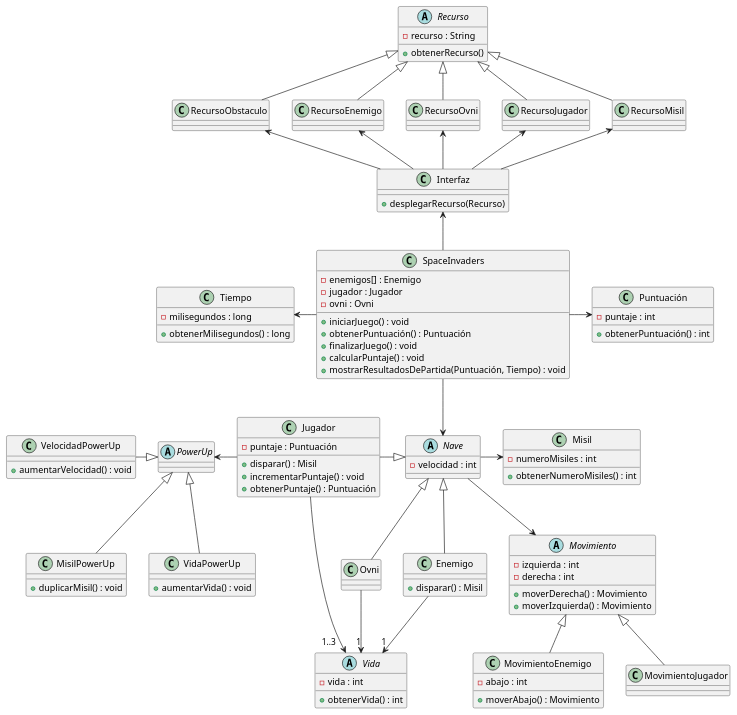
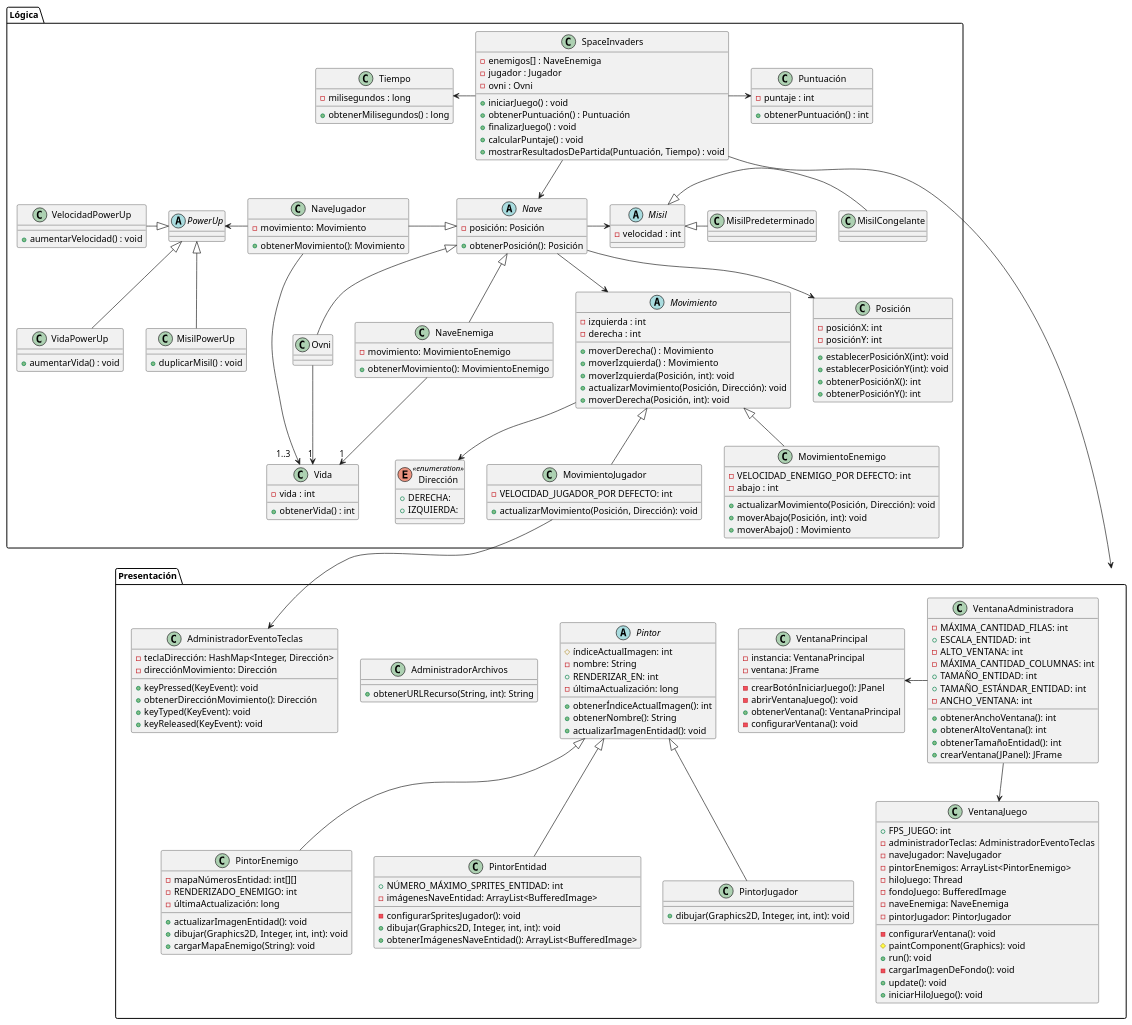
Before and after one commit to 8Kiyuki8/SpaceInvaders: the diagram in src/SpaceInvaders.puml, drawn with PlantUML.

Commit message:
mejorar diagrama UML hecho en clase

```diff
--- a/src/SpaceInvaders.puml
+++ b/src/SpaceInvaders.puml
@@ -1,120 +1,209 @@
 @startuml
-abstract class Recurso {
-    - recurso : String
-    +obtenerRecurso()
+package "Lógica" {
+    class SpaceInvaders {
+        -enemigos[] : NaveEnemiga
+        -jugador : Jugador
+        -ovni : Ovni
+        +iniciarJuego() : void
+        +obtenerPuntuación() : Puntuación
+        +finalizarJuego() : void
+        +calcularPuntaje() : void
+        +mostrarResultadosDePartida(Puntuación, Tiempo) : void
+    }
+    class Tiempo {
+        -milisegundos : long
+        +obtenerMilisegundos() : long
+    }
+    class Puntuación {
+        -puntaje : int
+        +obtenerPuntuación() : int
+    }
+    class NaveEnemiga {
+        -movimiento: MovimientoEnemigo
+        +obtenerMovimiento(): MovimientoEnemigo
+    }
+    class NaveJugador {
+        -movimiento: Movimiento
+        +obtenerMovimiento(): Movimiento
+    }
+    enum Dirección <<enumeration>> {
+        +DERECHA:
+        +IZQUIERDA:
+    }
+    class Ovni
+    class Vida {
+        -vida : int
+        +obtenerVida() : int
+    }
+
+    abstract class PowerUp
+
+    abstract class Misil {
+        -velocidad : int
+    }
+
+    class MisilCongelante{}
+    class MisilPredeterminado
+
+    abstract class Nave {
+            -posición: Posición
+            +obtenerPosición(): Posición
+        }
+
+    abstract class Movimiento {
+        -izquierda : int
+        -derecha : int
+        +moverDerecha() : Movimiento
+        +moverIzquierda() : Movimiento
+        +moverIzquierda(Posición, int): void
+        +actualizarMovimiento(Posición, Dirección): void
+        +moverDerecha(Posición, int): void
+    }
+    class MovimientoJugador {
+        -VELOCIDAD_JUGADOR_POR DEFECTO: int
+        +actualizarMovimiento(Posición, Dirección): void
+    }
+    class MovimientoEnemigo {
+        -VELOCIDAD_ENEMIGO_POR DEFECTO: int
+        -abajo : int
+        +actualizarMovimiento(Posición, Dirección): void
+        +moverAbajo(Posición, int): void
+        +moverAbajo() : Movimiento
+    }
+
+    class VidaPowerUp {
+        +aumentarVida() : void
+    }
+
+    class MisilPowerUp {
+        +duplicarMisil() : void
+    }
+
+    class VelocidadPowerUp {
+        +aumentarVelocidad() : void
+    }
+
+    class Posición {
+            -posiciónX: int
+            -posiciónY: int
+            +establecerPosiciónX(int): void
+            +establecerPosiciónY(int): void
+            +obtenerPosiciónX(): int
+            +obtenerPosiciónY(): int
+        }
+
+    SpaceInvaders --> Nave
+    SpaceInvaders -left-> Tiempo
+    SpaceInvaders -right-> Puntuación
+
+    NaveJugador -|>  Nave
+    Nave <|-- NaveEnemiga
+    Ovni -l-|> Nave
+    NaveJugador --l-> PowerUp
+    Ovni --> "1" Vida
+
+    NaveEnemiga --> "1" Vida
+    NaveJugador --> "1..3   " Vida
+
+    VidaPowerUp -u-|> PowerUp
+    MisilPowerUp -u-|> PowerUp
+    PowerUp <|-l- VelocidadPowerUp
+
+    Movimiento <|-- MovimientoJugador
+    Movimiento <|-- MovimientoEnemigo
+
+    Nave --> Movimiento
+    Nave --r> Misil
+    Nave --> Posición
+
+    MisilCongelante -l-|> Misil
+    MisilPredeterminado -l-|> Misil
+    Movimiento --> Dirección
 }
 
-class Interfaz {
-    +desplegarRecurso(Recurso)
+package "Presentación" {
+    class AdministradorArchivos {
+        +obtenerURLRecurso(String, int): String
+    }
+    class AdministradorEventoTeclas {
+        -teclaDirección: HashMap<Integer, Dirección>
+        -direcciónMovimiento: Dirección
+        +keyPressed(KeyEvent): void
+        +obtenerDirecciónMovimiento(): Dirección
+        +keyTyped(KeyEvent): void
+        +keyReleased(KeyEvent): void
+    }
+
+    abstract class Pintor {
+        #índiceActualImagen: int
+        -nombre: String
+        +RENDERIZAR_EN: int
+        -últimaActualización: long
+        +obtenerÍndiceActualImagen(): int
+        +obtenerNombre(): String
+        +actualizarImagenEntidad(): void
+    }
+    class PintorEnemigo {
+        -mapaNúmerosEntidad: int[][]
+        -RENDERIZADO_ENEMIGO: int
+        -últimaActualización: long
+        +actualizarImagenEntidad(): void
+        +dibujar(Graphics2D, Integer, int, int): void
+        +cargarMapaEnemigo(String): void
+    }
+    class PintorEntidad {
+        +NÚMERO_MÁXIMO_SPRITES_ENTIDAD: int
+        -imágenesNaveEntidad: ArrayList<BufferedImage>
+        -configurarSpritesJugador(): void
+        +dibujar(Graphics2D, Integer, int, int): void
+        +obtenerImágenesNaveEntidad(): ArrayList<BufferedImage>
+    }
+    class PintorJugador {
+        +dibujar(Graphics2D, Integer, int, int): void
+    }
+    class VentanaAdministradora {
+        -MÁXIMA_CANTIDAD_FILAS: int
+        +ESCALA_ENTIDAD: int
+        -ALTO_VENTANA: int
+        -MÁXIMA_CANTIDAD_COLUMNAS: int
+        +TAMAÑO_ENTIDAD: int
+        +TAMAÑO_ESTÁNDAR_ENTIDAD: int
+        -ANCHO_VENTANA: int
+        +obtenerAnchoVentana(): int
+        +obtenerAltoVentana(): int
+        +obtenerTamañoEntidad(): int
+        +crearVentana(JPanel): JFrame
+    }
+    class VentanaJuego {
+        +FPS_JUEGO: int
+        -administradorTeclas: AdministradorEventoTeclas
+        -naveJugador: NaveJugador
+        -pintorEnemigos: ArrayList<PintorEnemigo>
+        -hiloJuego: Thread
+        -fondoJuego: BufferedImage
+        -naveEnemiga: NaveEnemiga
+        -pintorJugador: PintorJugador
+        -configurarVentana(): void
+        #paintComponent(Graphics): void
+        +run(): void
+        -cargarImagenDeFondo(): void
+        +update(): void
+        +iniciarHiloJuego(): void
+    }
+    class VentanaPrincipal {
+        -instancia: VentanaPrincipal
+        -ventana: JFrame
+        -crearBotónIniciarJuego(): JPanel
+        -abrirVentanaJuego(): void
+        +obtenerVentana(): VentanaPrincipal
+        -configurarVentana(): void
+    }
+    PintorEntidad -u-|> Pintor
+    PintorEnemigo -u-|> Pintor
+    PintorJugador -u-|> Pintor
+    VentanaAdministradora -l-> VentanaPrincipal
+    VentanaAdministradora --> VentanaJuego
 }
-class RecursoObstaculo
-class RecursoEnemigo
-class RecursoJugador
-class RecursoOvni
-class RecursoMisil
-
-class SpaceInvaders {
-    -enemigos[] : Enemigo
-    -jugador : Jugador
-    -ovni : Ovni
-    +iniciarJuego() : void
-    +obtenerPuntuación() : Puntuación
-    +finalizarJuego() : void
-    +calcularPuntaje() : void
-    +mostrarResultadosDePartida(Puntuación, Tiempo) : void
-}
-class Tiempo {
-    -milisegundos : long
-    +obtenerMilisegundos() : long
-}
-class Puntuación {
-    -puntaje : int
-    +obtenerPuntuación() : int
-}
-
-abstract class Nave {
-    -velocidad : int
-
-}
-class Enemigo {
-    +disparar() : Misil
-}
-class Jugador{
-    -puntaje : Puntuación
-    +disparar() : Misil
-    +incrementarPuntaje() : void
-    +obtenerPuntaje() : Puntuación
-}
-class Ovni
-abstract class Vida {
-    -vida : int
-    +obtenerVida() : int
-}
-
-abstract class PowerUp
-
-class Misil {
-    -numeroMisiles : int
-    +obtenerNumeroMisiles() : int
-}
-
-abstract class Movimiento {
-    -izquierda : int
-    -derecha : int
-    +moverDerecha() : Movimiento
-    +moverIzquierda() : Movimiento
-}
-class MovimientoJugador
-class MovimientoEnemigo {
-    -abajo : int
-    +moverAbajo() : Movimiento
-}
-
-class VidaPowerUp {
-    +aumentarVida() : void
-}
-
-class MisilPowerUp {
-    +duplicarMisil() : void
-}
-
-class VelocidadPowerUp {
-    +aumentarVelocidad() : void
-}
-
-SpaceInvaders --> Nave
-SpaceInvaders -left-> Tiempo
-SpaceInvaders -right-> Puntuación
-
-Jugador -|>  Nave
-Nave <|-- Enemigo
-Ovni -l-|> Nave
-Jugador --l-> PowerUp
-Ovni --> "1" Vida
-
-Enemigo --> "1" Vida
-Jugador --> "1..3   " Vida
-
-VidaPowerUp -u-|> PowerUp
-MisilPowerUp -u-|> PowerUp
-PowerUp <|-l- VelocidadPowerUp
-
-Movimiento <|-- MovimientoJugador
-Movimiento <|-- MovimientoEnemigo
-
-Nave --> Movimiento
-Nave --r> Misil
-
-RecursoEnemigo -u-|> Recurso
-RecursoOvni -u-|> Recurso
-RecursoJugador -u-|> Recurso
-RecursoObstaculo -u-|> Recurso
-RecursoMisil -u-|> Recurso
-
-Interfaz -u-> RecursoMisil
-Interfaz -u-> RecursoJugador
-Interfaz -u-> RecursoOvni
-Interfaz -u-> RecursoEnemigo
-Interfaz -u-> RecursoObstaculo
-SpaceInvaders -u-> Interfaz
+SpaceInvaders --> "Presentación"
+MovimientoJugador -d-> "AdministradorEventoTeclas"
 @enduml
```
